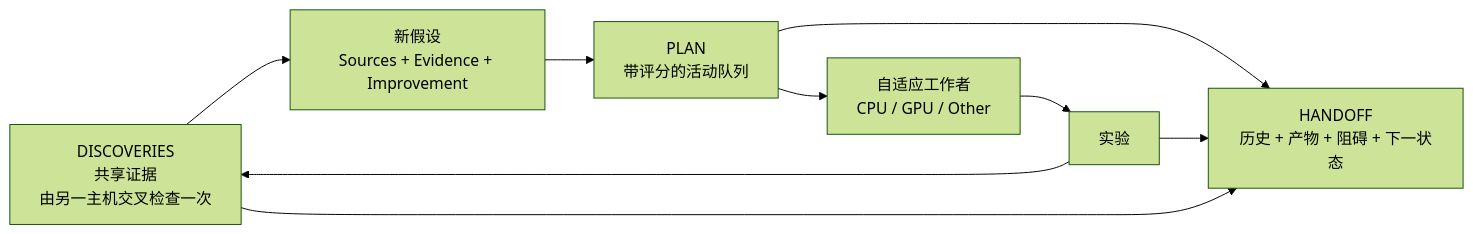
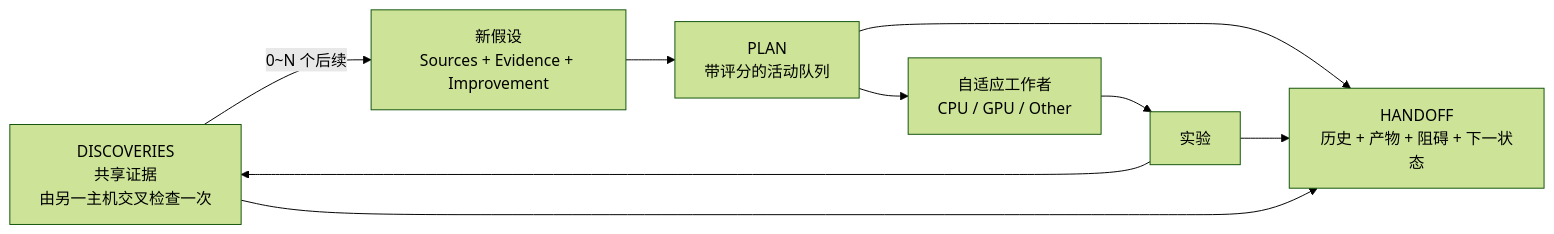
Before and after one commit to TaeyanG4/research-orchestrator-skill: the first of 3 diagrams in README.zh-CN.md, drawn with Mermaid (forest theme). The commit also changed other lines of this file and 20 other files, not shown here.

````diff
--- a/README.zh-CN.md
+++ b/README.zh-CN.md
@@ -31,14 +31,15 @@
 ```mermaid
 flowchart LR
     D[DISCOVERIES<br/>共享证据<br/>由另一主机交叉检查一次]
     H[新假设<br/>Sources + Evidence + Improvement]
     P[PLAN<br/>带评分的活动队列]
     W[自适应工作者<br/>CPU / GPU / Other]
     E[实验]
     O[HANDOFF<br/>历史 + 产物 + 阻碍 + 下一状态]
 
-    D --> H --> P --> W --> E --> D
+    D -->|0~N 个后续| H
+    H --> P --> W --> E --> D
     P --> O
     E --> O
     D --> O
 ```
````
